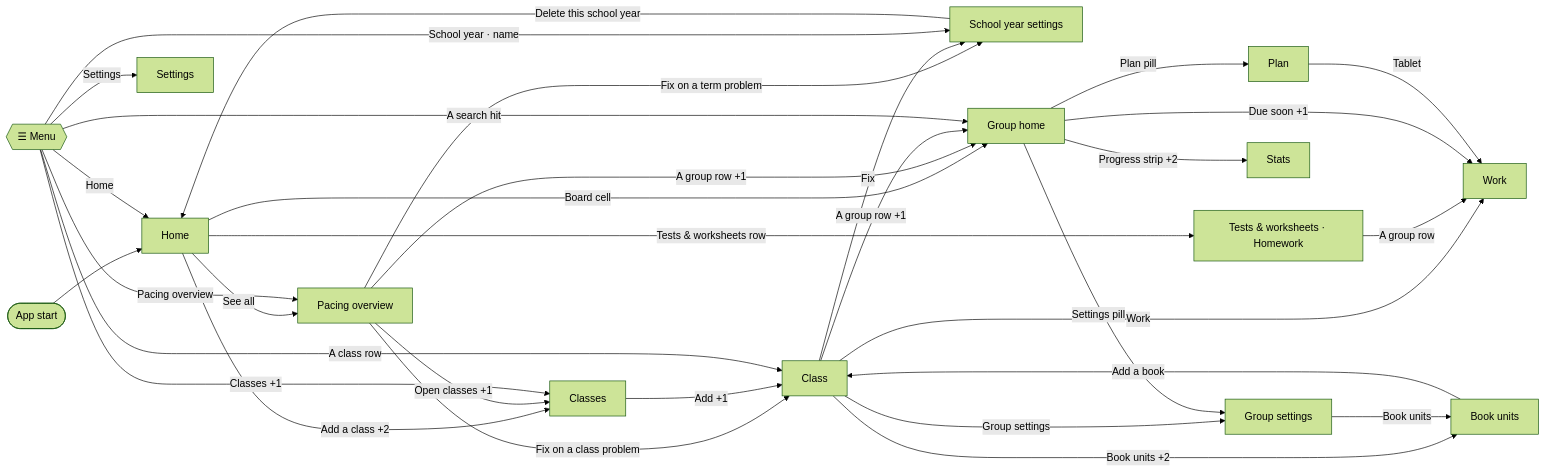
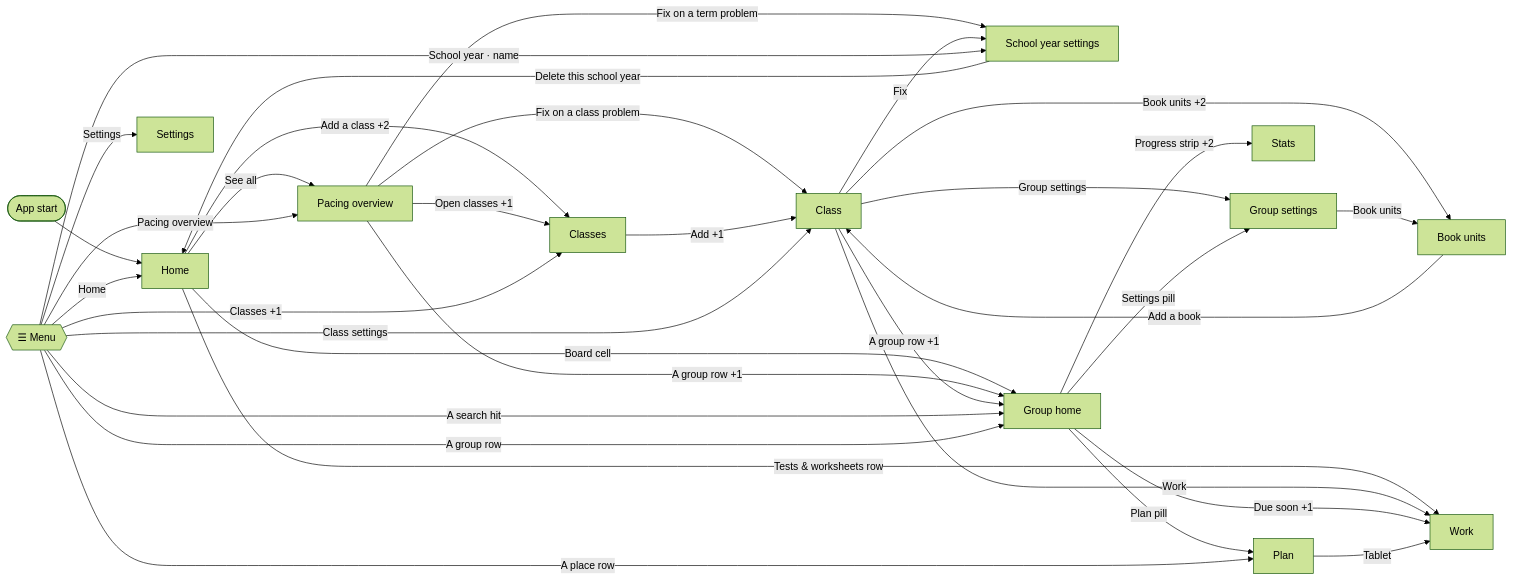
One commit to tsampolion/course_planner changed the diagram in docs/NAVIGATION.md. Above: the diagram before and after it, drawn with Mermaid (forest theme). The commit also changed other lines of this file and 28 other files, not shown here.

````diff
--- a/docs/NAVIGATION.md
+++ b/docs/NAVIGATION.md
@@ -13,48 +13,48 @@
 ```mermaid
 flowchart LR
   n_launch(["App start"]) --> n_home
   n_drawer{{"☰ Menu"}}
   n_home["Home"]
   n_overview["Pacing overview"]
   n_classes["Classes"]
   n_school_year["School year settings"]
   n_app_settings["Settings"]
   n_class["Class"]
   n_units["Book units"]
-  n_moved_work["Tests & worksheets · Homework"]
   n_group_home["Group home"]
   n_plan["Plan"]
   n_work["Work"]
   n_stats["Stats"]
   n_group_settings["Group settings"]
   n_home -- "Add a class +2" --> n_classes
   n_home -- "Board cell" --> n_group_home
   n_home -- "See all" --> n_overview
-  n_home -- "Tests & worksheets row" --> n_moved_work
+  n_home -- "Tests & worksheets row" --> n_work
   n_overview -- "Open classes +1" --> n_classes
   n_overview -- "A group row +1" --> n_group_home
   n_overview -- "Fix on a term problem" --> n_school_year
   n_overview -- "Fix on a class problem" --> n_class
   n_classes -- "Add +1" --> n_class
   n_school_year -- "Delete this school year" --> n_home
   n_class -- "Book units +2" --> n_units
   n_class -- "A group row +1" --> n_group_home
   n_class -- "Group settings" --> n_group_settings
   n_class -- "Work" --> n_work
   n_class -- "Fix" --> n_school_year
   n_units -- "Add a book" --> n_class
-  n_moved_work -- "A group row" --> n_work
   n_group_home -- "Progress strip +2" --> n_stats
   n_group_home -- "Due soon +1" --> n_work
   n_group_home -- "Plan pill" --> n_plan
   n_group_home -- "Settings pill" --> n_group_settings
   n_plan -- "Tablet" --> n_work
   n_group_settings -- "Book units" --> n_units
   n_drawer -- "A search hit" --> n_group_home
   n_drawer -- "Home" --> n_home
   n_drawer -- "Pacing overview" --> n_overview
   n_drawer -- "Classes +1" --> n_classes
-  n_drawer -- "A class row" --> n_class
+  n_drawer -- "Class settings" --> n_class
+  n_drawer -- "A group row" --> n_group_home
+  n_drawer -- "A place row" --> n_plan
   n_drawer -- "School year · name" --> n_school_year
   n_drawer -- "Settings" --> n_app_settings
 ```
````
